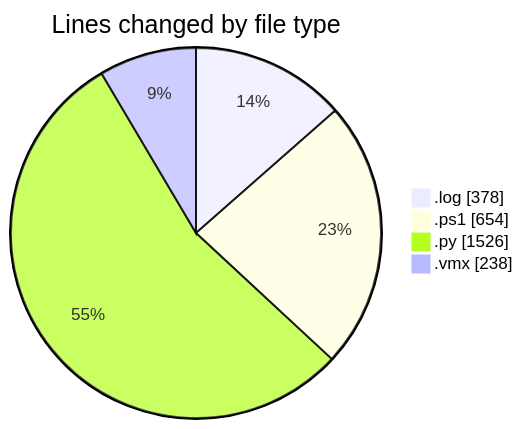
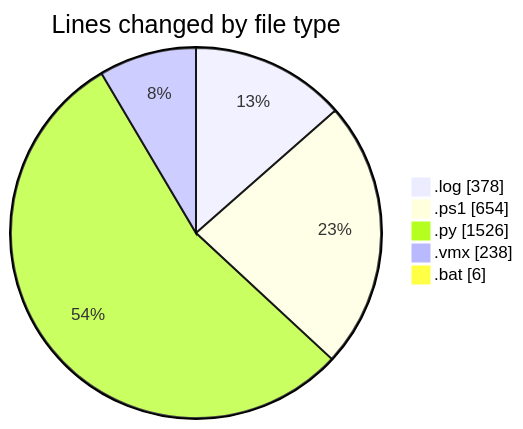
Before and after one commit to shibass792/code-tracking: the first of 2 diagrams in 2026-07-08/twenty_versions_aminor/README.md, drawn with Mermaid. The commit also changed other lines of this file and 1 other file, not shown here.

````diff
--- a/2026-07-08/twenty_versions_aminor/README.md
+++ b/2026-07-08/twenty_versions_aminor/README.md
@@ -26,8 +27,9 @@
 ```mermaid
 pie showData
 title Lines changed by file type
 ".log" : 378
 ".ps1" : 654
 ".py" : 1526
 ".vmx" : 238
+".bat" : 6
 ```
````
